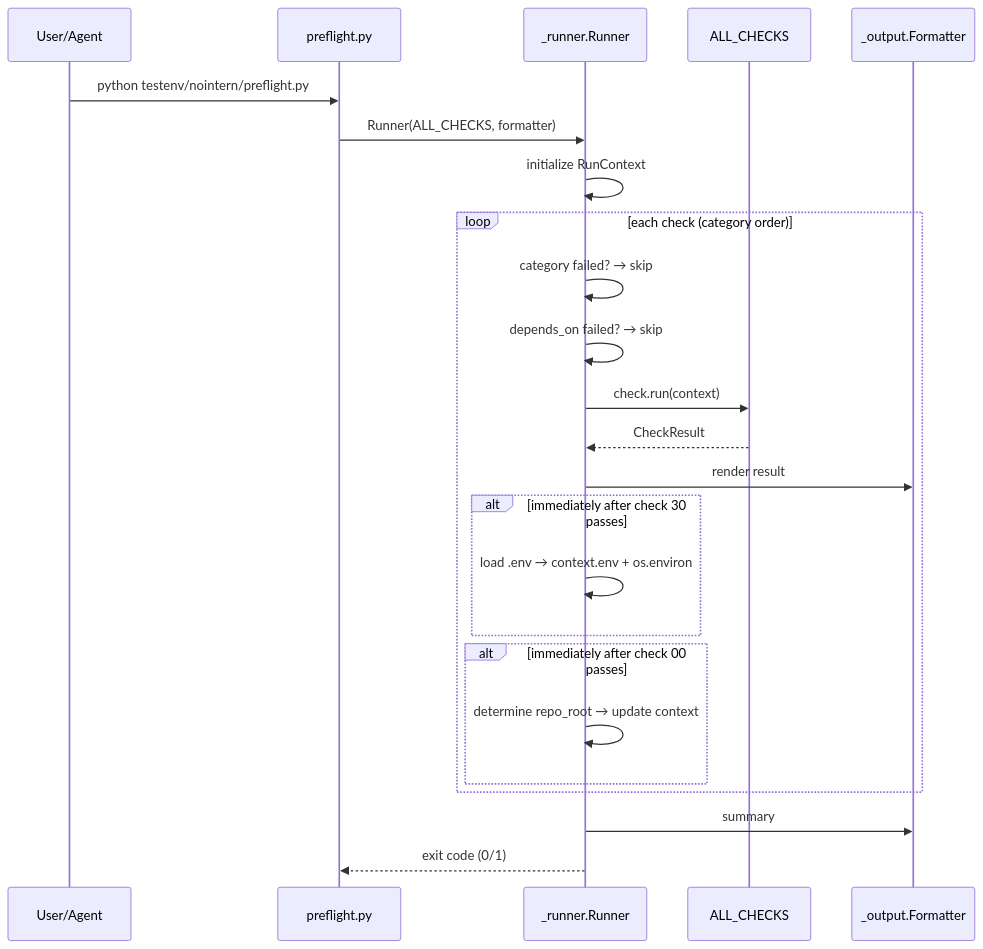
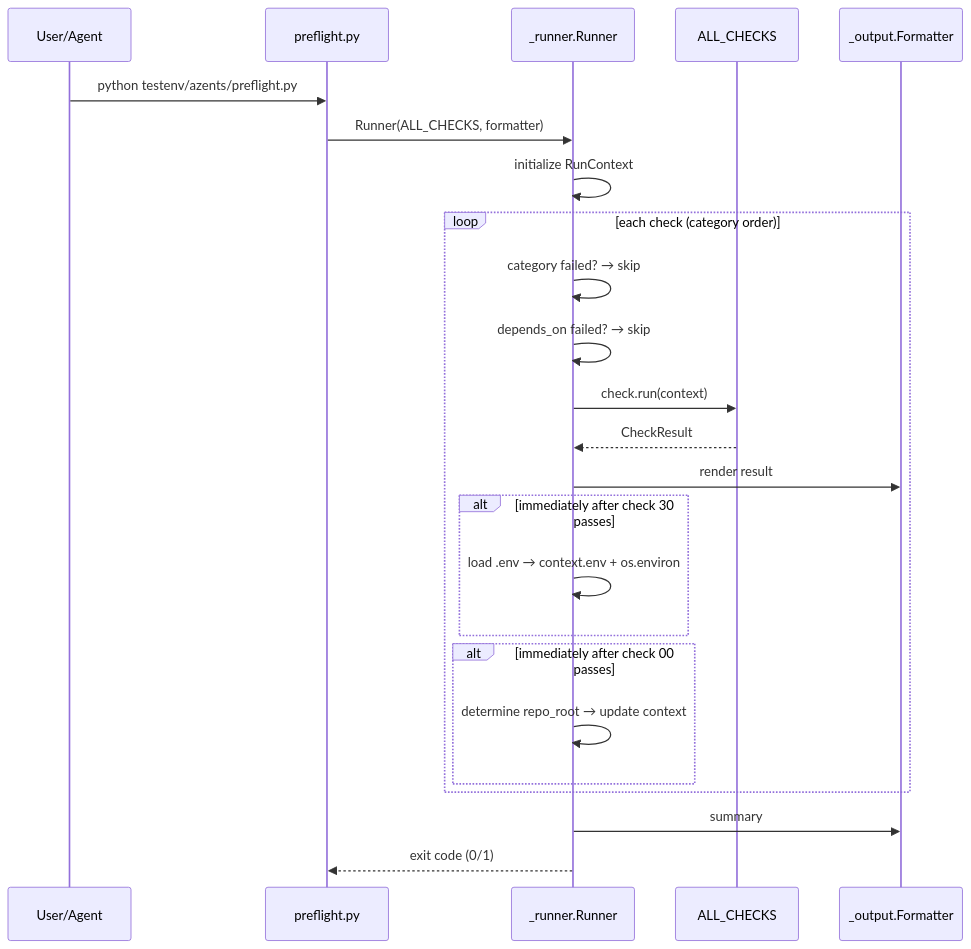
One commit to azents/azents changed the second of 2 diagrams in docs/azents/design/local-260406-local-fullstack-test-env.md. Above: the diagram before and after it, drawn with Mermaid. The commit also changed other lines of this file and 245 other files, not shown here.

````diff
--- a/docs/azents/design/local-260406-local-fullstack-test-env.md
+++ b/docs/azents/design/local-260406-local-fullstack-test-env.md
@@ -90,27 +90,27 @@
 ```mermaid
 sequenceDiagram
     participant User as User/Agent
     participant Entry as preflight.py
     participant Runner as _runner.Runner
     participant Checks as ALL_CHECKS
     participant Output as _output.Formatter
 
-    User->>Entry: python testenv/nointern/preflight.py
+    User->>Entry: python testenv/azents/preflight.py
     Entry->>Runner: Runner(ALL_CHECKS, formatter)
     Runner->>Runner: initialize RunContext
     loop each check (category order)
         Runner->>Runner: category failed? → skip
         Runner->>Runner: depends_on failed? → skip
         Runner->>Checks: check.run(context)
         Checks-->>Runner: CheckResult
         Runner->>Output: render result
         alt immediately after check 30 passes
             Runner->>Runner: load .env → context.env + os.environ
         end
         alt immediately after check 00 passes
             Runner->>Runner: determine repo_root → update context
         end
     end
     Runner->>Output: summary
     Runner-->>Entry: exit code (0/1)
 ```
````
